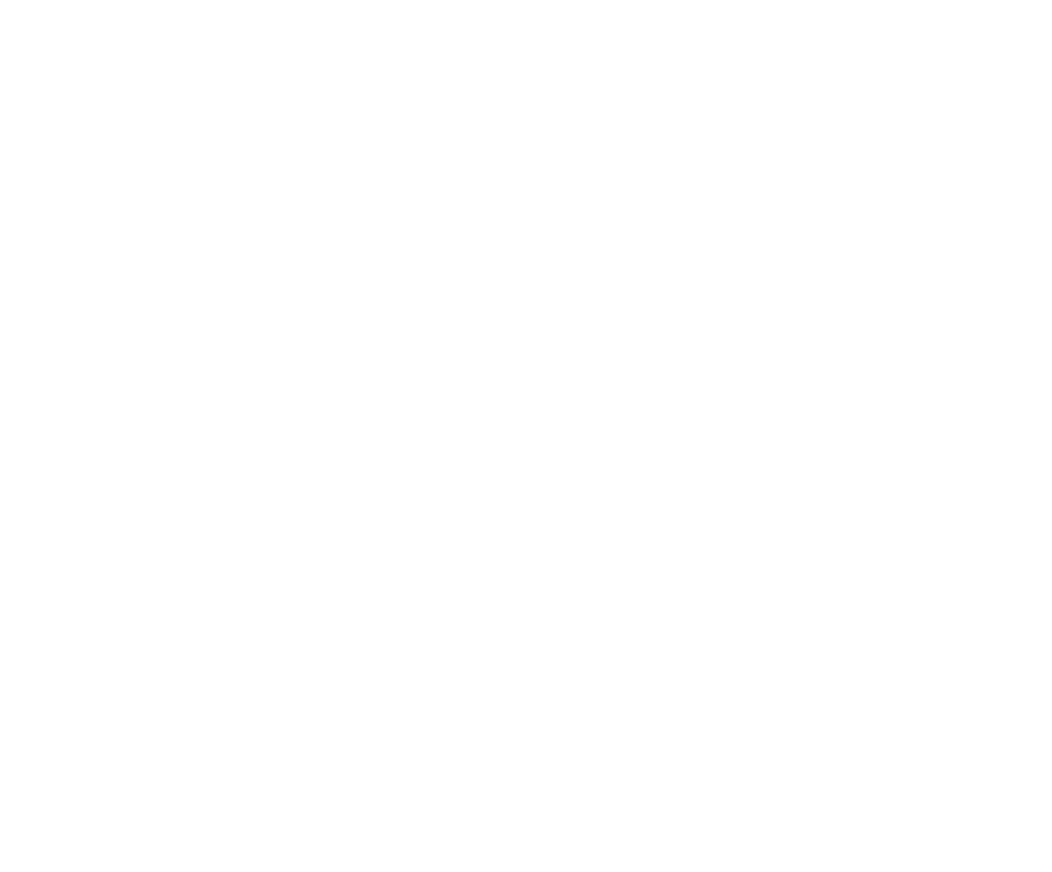
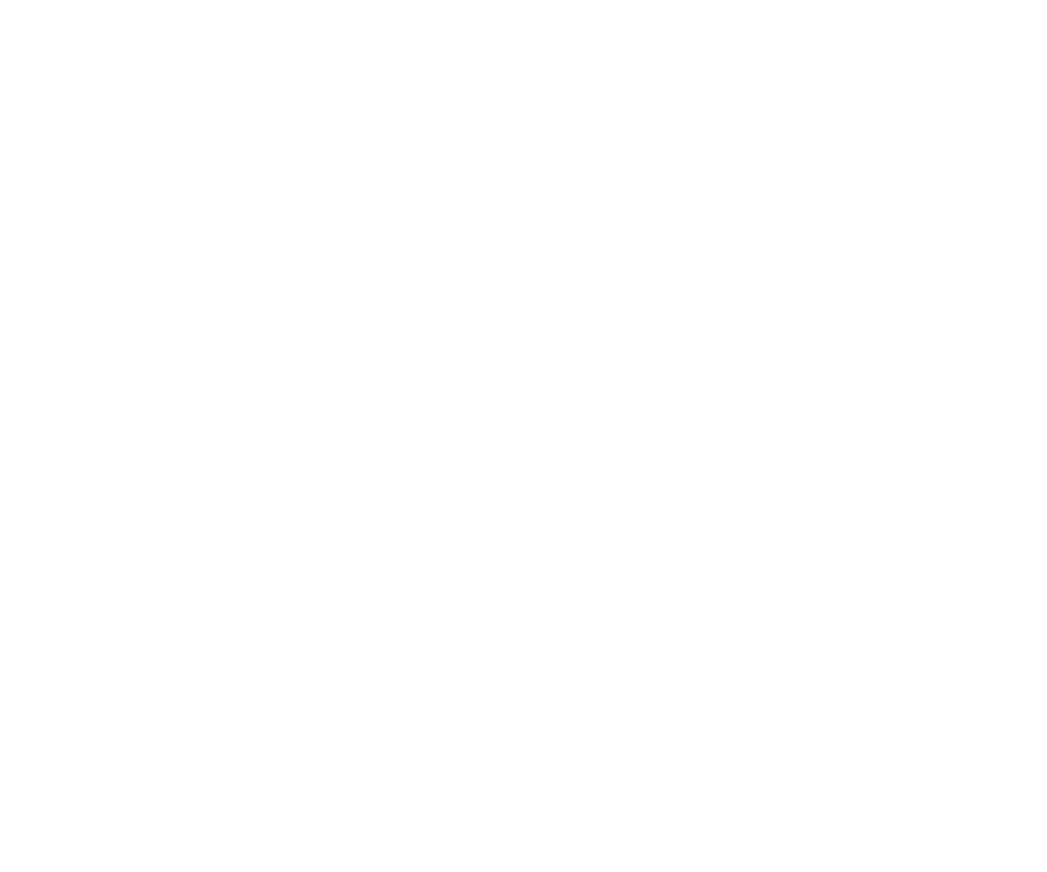
The diagram in data/graph.dot (dodokek/Derivative-Calculator), drawn with Graphviz before and after one commit. The commit also changed 7 other files, not shown here.

```diff
--- a/data/graph.dot
+++ b/data/graph.dot
@@ -1,37 +1,37 @@
 
     digraph g {
         dpi      = 200;
         fontname = "Comic Sans MS";
         fontsize = 20;
         rankdir   =  TB;
         edge [color = darkgrey, arrowhead = onormal, arrowsize = 1, penwidth = 1.2]
         graph[fillcolor = lightgreen, ranksep = 1.3, nodesep = 0.5,
         style = "rounded, filled",color = green, penwidth = 2]
 
-    Node00000171d4eb1550[shape=record, width=0.2, style="filled", color="red", fillcolor="lightblue",label=" {Type: operation | value: 1}"] 
+    Node0000026fa0d764c0[shape=record, width=0.2, style="filled", color="red", fillcolor="lightblue",label=" {Type: operation | value: +}"] 
  
-Node00000171d4eb15f0[shape=record, width=0.2, style="filled", color="red", fillcolor="lightblue",label=" {Type: operation | value: 1}"] 
+Node0000026fa0d76250[shape=record, width=0.2, style="filled", color="red", fillcolor="lightblue",label=" {Type: operation | value: +}"] 
  
-Node00000171d4eb1690[shape=record, width=0.2, style="filled", color="red", fillcolor="lightblue",label=" {Type: operation | value: 4}"] 
+Node0000026fa0d762e0[shape=record, width=0.2, style="filled", color="red", fillcolor="lightblue",label=" {Type: operation | value: +}"] 
  
-Node00000171d4eb1730[shape=record, width=0.2, style="filled", color="red", fillcolor="lightblue",label=" {Type: variable | value: X}"] 
+Node0000026fa0d76490[shape=record, width=0.2, style="filled", color="red", fillcolor="lightblue",label=" {Type: number | value: 1}"] 
  
-Node00000171d4eb18b0[shape=record, width=0.2, style="filled", color="red", fillcolor="lightblue",label=" {Type: number | value: 2}"] 
+Node0000026fa0d76460[shape=record, width=0.2, style="filled", color="red", fillcolor="lightblue",label=" {Type: number | value: 0}"] 
  
-Node00000171d4eb1a30[shape=record, width=0.2, style="filled", color="red", fillcolor="lightblue",label=" {Type: operation | value: 1}"] 
+Node0000026fa0d71ae0[shape=record, width=0.2, style="filled", color="red", fillcolor="lightblue",label=" {Type: operation | value: +}"] 
  
-Node00000171d4eb1ad0[shape=record, width=0.2, style="filled", color="red", fillcolor="lightblue",label=" {Type: variable | value: X}"] 
+Node0000026fa0d71ab0[shape=record, width=0.2, style="filled", color="red", fillcolor="lightblue",label=" {Type: number | value: 1}"] 
  
-Node00000171d4eb1c50[shape=record, width=0.2, style="filled", color="red", fillcolor="lightblue",label=" {Type: number | value: 2}"] 
+Node0000026fa0d71a80[shape=record, width=0.2, style="filled", color="red", fillcolor="lightblue",label=" {Type: number | value: 0}"] 
  
-Node00000171d4eb71c0[shape=record, width=0.2, style="filled", color="red", fillcolor="lightblue",label=" {Type: number | value: 5}"] 
+Node0000026fa0d714b0[shape=record, width=0.2, style="filled", color="red", fillcolor="lightblue",label=" {Type: number | value: 0}"] 
  
-Node00000171d4eb1550->Node00000171d4eb15f0
-Node00000171d4eb15f0->Node00000171d4eb1690
-Node00000171d4eb1690->Node00000171d4eb1730
-Node00000171d4eb1690->Node00000171d4eb18b0
-Node00000171d4eb15f0->Node00000171d4eb1a30
-Node00000171d4eb1a30->Node00000171d4eb1ad0
-Node00000171d4eb1a30->Node00000171d4eb1c50
-Node00000171d4eb1550->Node00000171d4eb71c0
+Node0000026fa0d764c0->Node0000026fa0d76250
+Node0000026fa0d76250->Node0000026fa0d762e0
+Node0000026fa0d762e0->Node0000026fa0d76490
+Node0000026fa0d762e0->Node0000026fa0d76460
+Node0000026fa0d76250->Node0000026fa0d71ae0
+Node0000026fa0d71ae0->Node0000026fa0d71ab0
+Node0000026fa0d71ae0->Node0000026fa0d71a80
+Node0000026fa0d764c0->Node0000026fa0d714b0
 }
```
